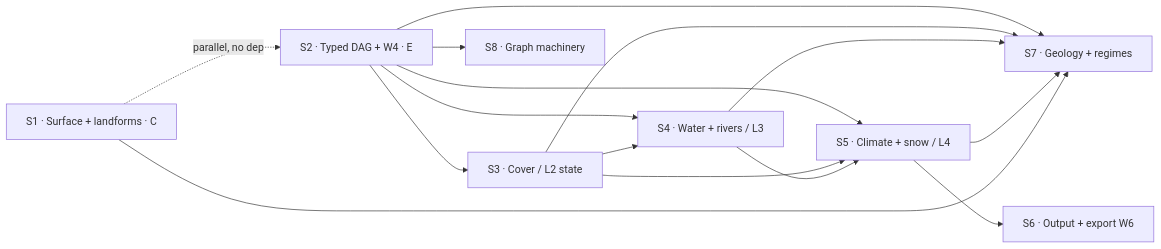
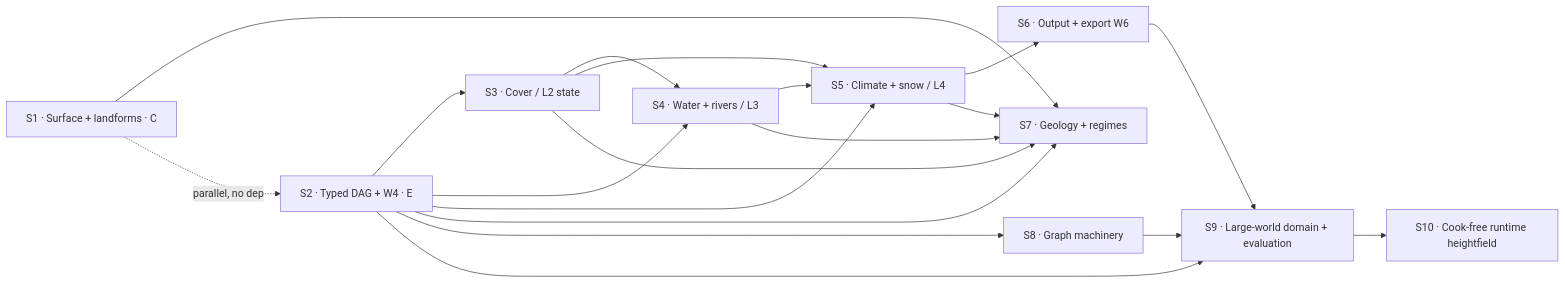
The diagram in apps/terrain-studio/docs/plan/README.md (alexanderpino/skills), drawn with Mermaid before and after one commit. The commit also changed other lines of this file and 6 other files, not shown here.

Commit message:
Plan cook-free large-world extreme detail

````diff
--- a/apps/terrain-studio/docs/plan/README.md
+++ b/apps/terrain-studio/docs/plan/README.md
@@ -52,25 +54,31 @@
 ```mermaid
 graph LR
   S1[S1 · Surface + landforms · C]
    S2[S2 · Typed DAG + W4 · E]
   S3[S3 · Cover / L2 state]
   S4[S4 · Water + rivers / L3]
    S5[S5 · Climate + snow / L4]
    S6[S6 · Output + export W6]
    S7[S7 · Geology + regimes]
    S8[S8 · Graph machinery]
+   S9[S9 · Large-world domain + evaluation]
+   S10[S10 · Cook-free runtime heightfield]
   S2 --> S3
   S2 --> S4
    S3 --> S4
    S2 --> S5
    S3 --> S5
    S4 --> S5
    S5 --> S6
    S2 --> S7
    S3 --> S7
    S4 --> S7
    S5 --> S7
    S1 --> S7
   S1 -.parallel, no dep.-> S2
    S2 --> S8
+   S2 --> S9
+   S6 --> S9
+   S8 --> S9
+   S9 --> S10
 ```
````
